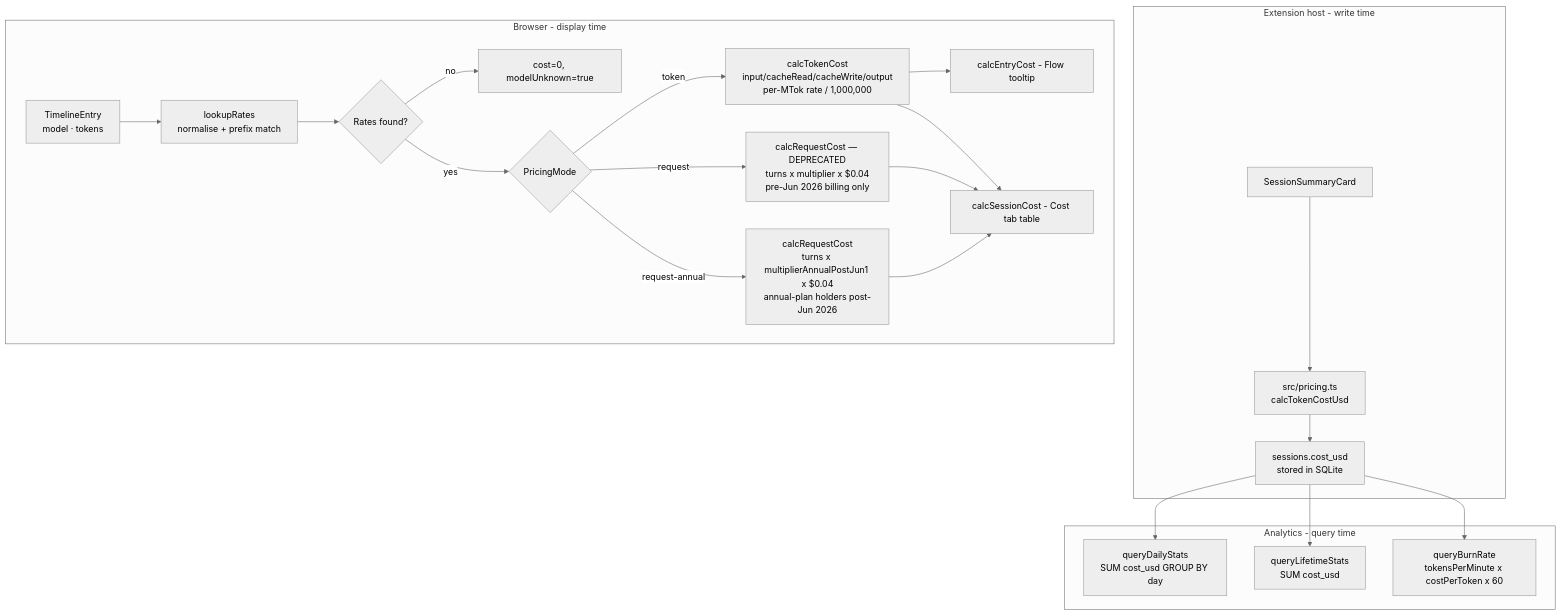
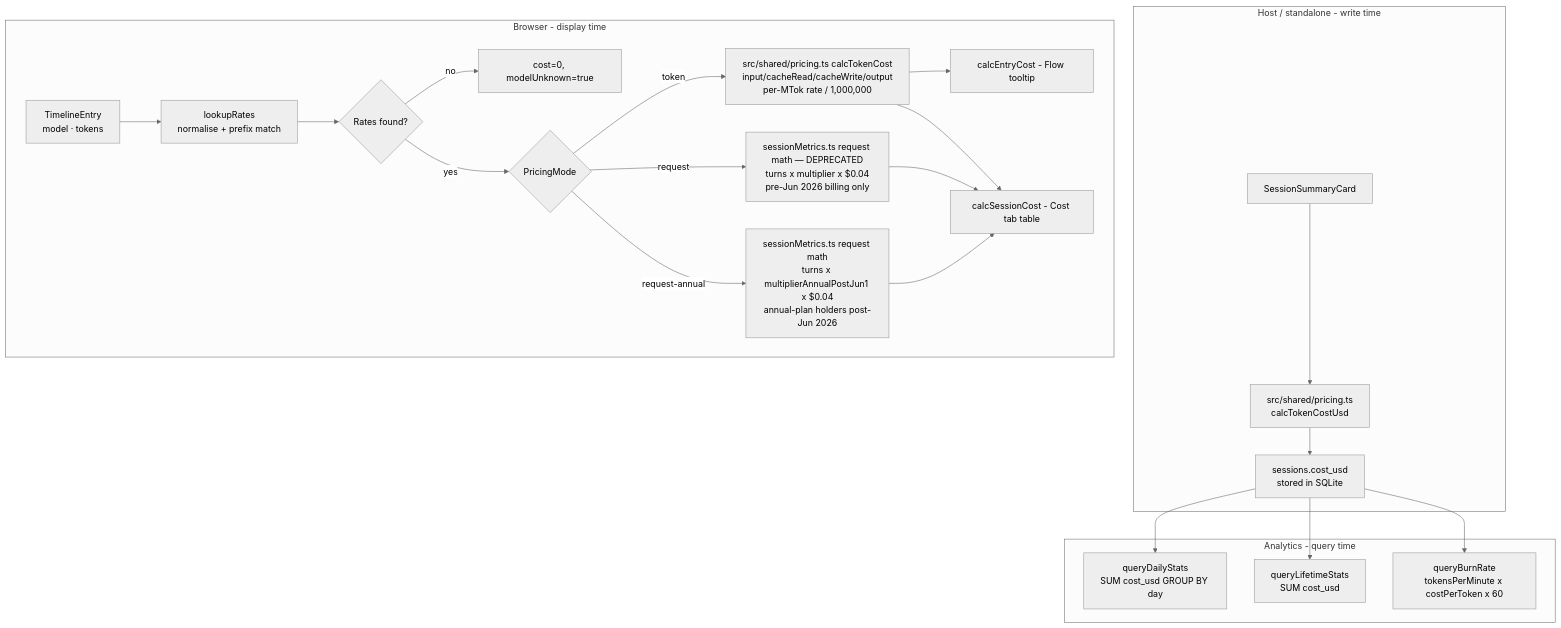
Diagram 16 of 19 in ARCHITECTURE.md (Emasoft/AgentlensPro), drawn with Mermaid (neutral theme) before and after one commit. The commit also changed other lines of this file and 4 other files, not shown here.

````diff
--- a/ARCHITECTURE.md
+++ b/ARCHITECTURE.md
@@ -825,27 +831,27 @@
 ```mermaid
 flowchart TD
-    subgraph exthost["Extension host - write time"]
-        CARD[SessionSummaryCard] --> PRI_EXT[src/pricing.ts<br/>calcTokenCostUsd]
+    subgraph exthost["Host / standalone - write time"]
+        CARD[SessionSummaryCard] --> PRI_EXT[src/shared/pricing.ts<br/>calcTokenCostUsd]
         PRI_EXT --> DB_COST[sessions.cost_usd<br/>stored in SQLite]
     end
 
     subgraph browser["Browser - display time"]
         ENTRY[TimelineEntry<br/>model · tokens] --> LR[lookupRates<br/>normalise + prefix match]
         LR --> RATES{Rates found?}
         RATES -- no  --> ZERO[cost=0, modelUnknown=true]
         RATES -- yes --> MODE{PricingMode}
-        MODE -- token --> TC[calcTokenCost<br/>input/cacheRead/cacheWrite/output<br/>per-MTok rate / 1,000,000]
-        MODE -- request-annual --> RA[calcRequestCost<br/>turns x multiplierAnnualPostJun1 x $0.04<br/>annual-plan holders post-Jun 2026]
-        MODE -- request --> RC[calcRequestCost — DEPRECATED<br/>turns x multiplier x $0.04<br/>pre-Jun 2026 billing only]
+        MODE -- token --> TC[src/shared/pricing.ts calcTokenCost<br/>input/cacheRead/cacheWrite/output<br/>per-MTok rate / 1,000,000]
+        MODE -- request-annual --> RA[sessionMetrics.ts request math<br/>turns x multiplierAnnualPostJun1 x $0.04<br/>annual-plan holders post-Jun 2026]
+        MODE -- request --> RC[sessionMetrics.ts request math — DEPRECATED<br/>turns x multiplier x $0.04<br/>pre-Jun 2026 billing only]
         TC --> ENTRY_COST[calcEntryCost - Flow tooltip]
         TC --> SESS_COST[calcSessionCost - Cost tab table]
         RC --> SESS_COST
         RA --> SESS_COST
     end
 
     subgraph analytics["Analytics - query time"]
         DB_COST --> AGG[queryDailyStats<br/>SUM cost_usd GROUP BY day]
         DB_COST --> LIFE[queryLifetimeStats<br/>SUM cost_usd]
         DB_COST --> BURN[queryBurnRate<br/>tokensPerMinute x costPerToken x 60]
     end
 ```
````
